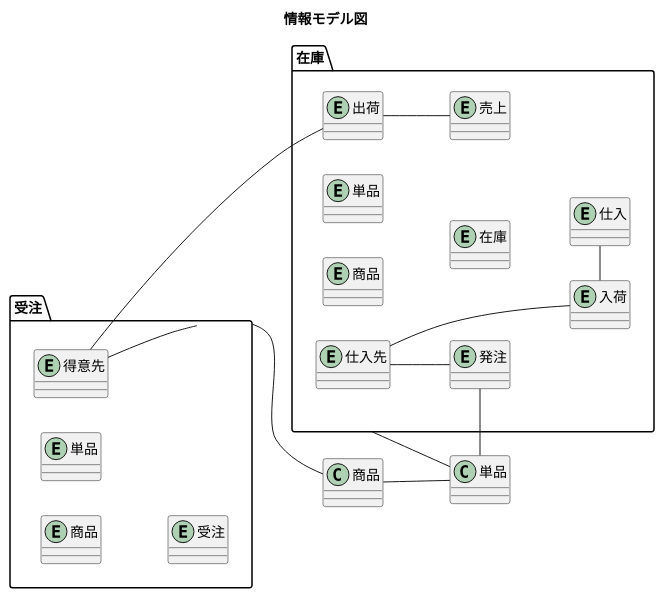
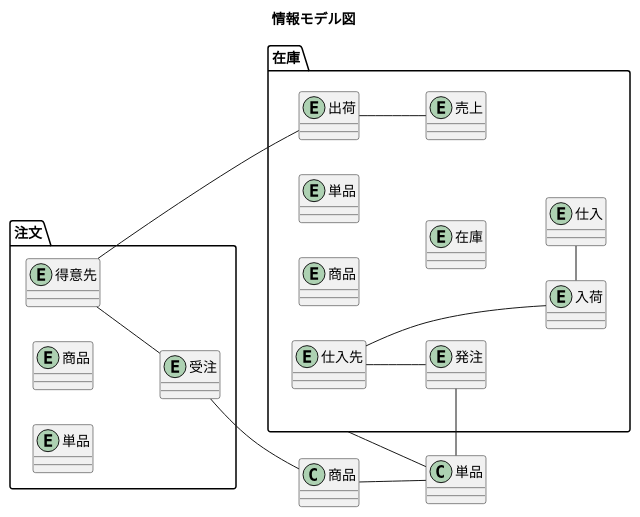
One commit to k2works/application_programing_excercise_2022 changed diagram 33 of 39 in docs/index.adoc. Above: the diagram before and after it, drawn with PlantUML.

Commit message:
docs: ドキュメント更新

```diff
--- a/docs/index.adoc
+++ b/docs/index.adoc
@@ -1054,40 +1054,40 @@
 [plantuml]
 ----
 @startuml
 
 title 情報モデル図
 
 left to right direction
 
-package 受注 {
+package 注文 {
 entity 得意先
 entity 商品
 entity 単品
 entity 受注
 }
 
 package 在庫 {
 entity 仕入先
 entity 商品
 entity 単品
 entity 出荷
 entity 発注
 entity 入荷
 entity 在庫
 entity 仕入
 entity 売上
 }
 
 得意先 - 出荷
 得意先 -- 受注
 受注 -- 商品
 商品 -- 単品
 単品 - 在庫
 出荷 -- 売上
 仕入先 -- 発注
 仕入先 --- 入荷
 発注 - 単品
 入荷 - 仕入
 
 @enduml
 ----
```
